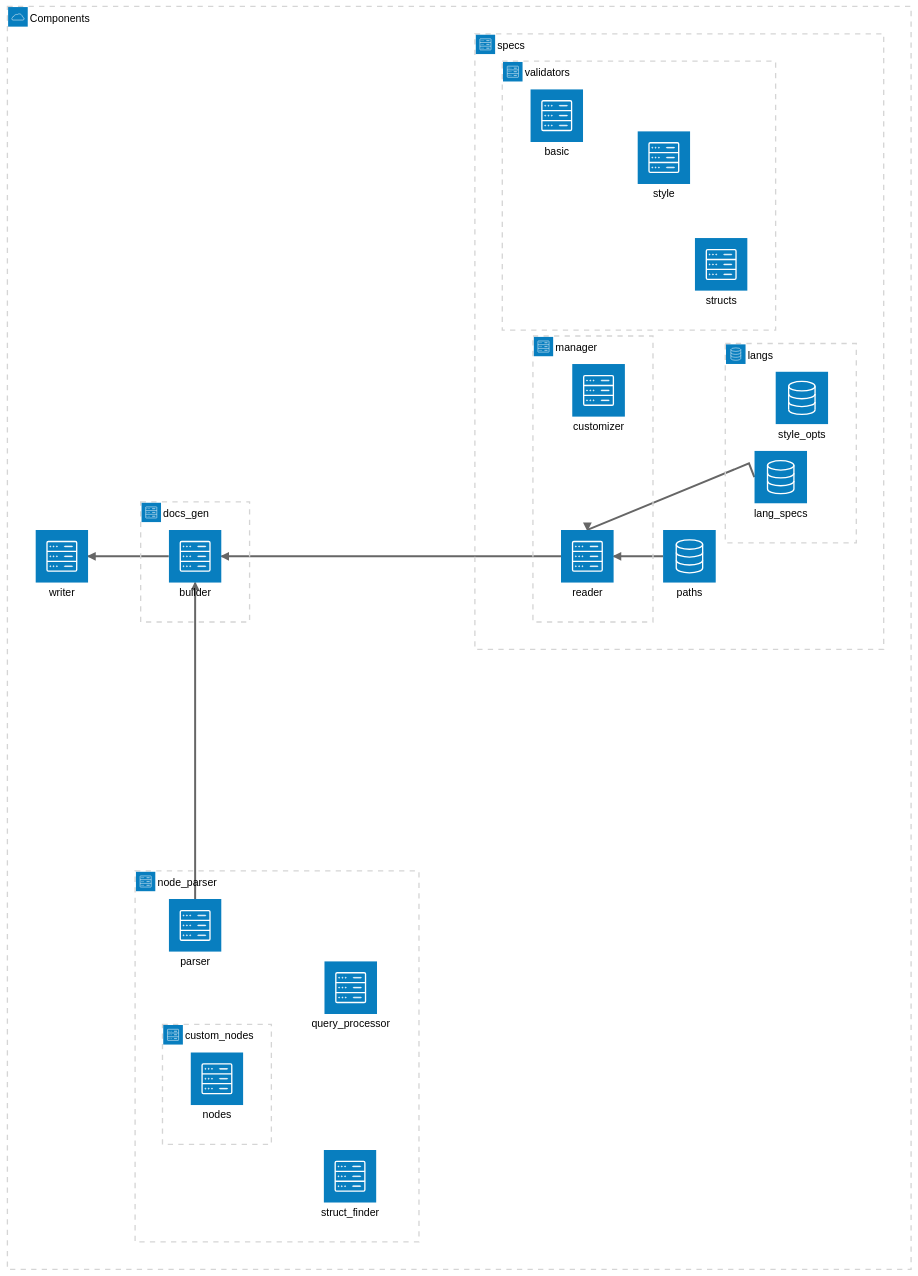
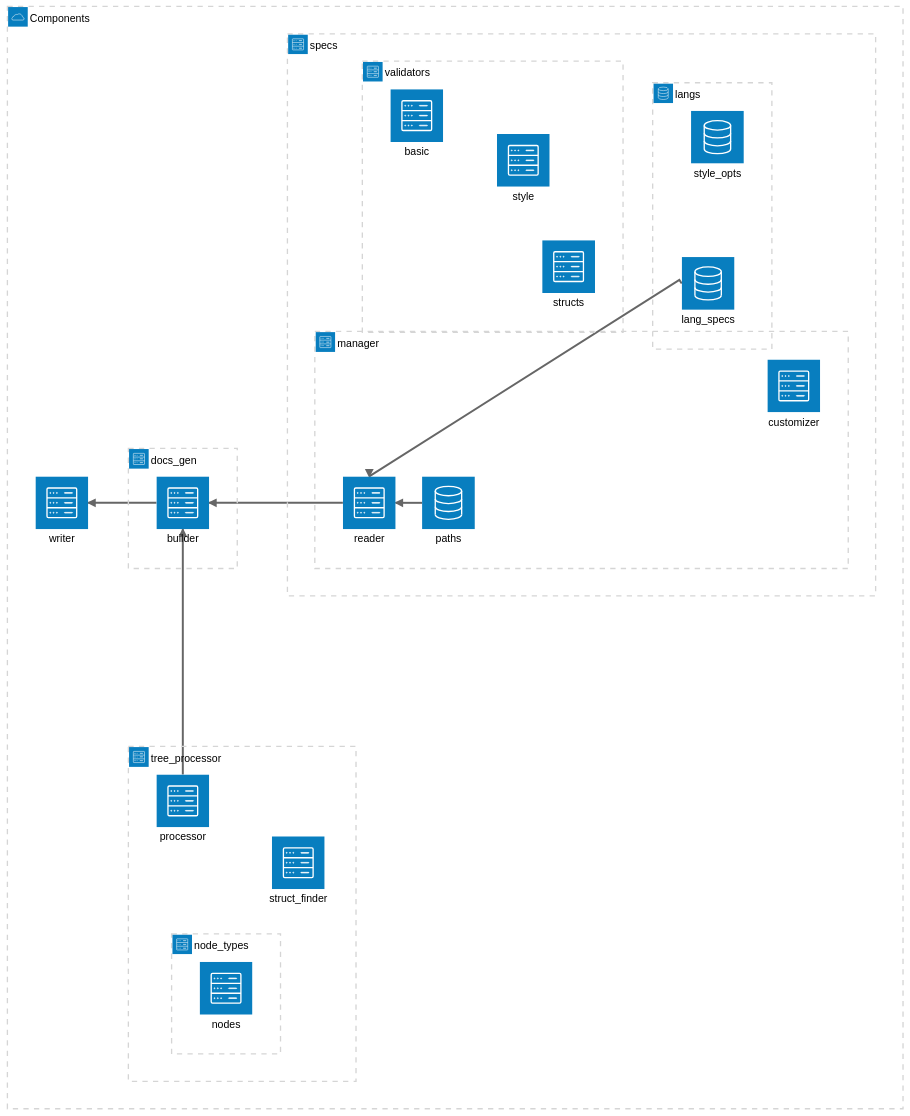
Before and after one commit to jeangiraldoo/codedocs.nvim: the first of 2 diagrams in lua/codedocs/README.md, drawn with Mermaid (neutral theme). The commit also changed other lines of this file and 19 other files, not shown here.

````diff
--- a/lua/codedocs/README.md
+++ b/lua/codedocs/README.md
@@ -22,34 +21,33 @@
 ```mermaid
 architecture-beta
     group components(cloud)[Components]
 
-    group node_parser(server)[node_parser] in components
-    service parser(server)[parser] in node_parser
+    group node_parser(server)[tree_processor] in components
+    service processor(server)[processor] in node_parser
     service struct_finder(server)[struct_finder] in node_parser
-    service query_processor(server)[query_processor] in node_parser
-    group custom_nodes(server)[custom_nodes] in node_parser
-    service nodes(server)[nodes] in custom_nodes
+    group node_types(server)[node_types] in node_parser
+    service nodes(server)[nodes] in node_types
 
     group docs_gen(server)[docs_gen] in components
     service builder(server)[builder] in docs_gen
 
     group specs(server)[specs] in components
     service paths(database)[paths] in specs
     group manager(server)[manager] in specs
     service customizer(server)[customizer] in manager
     service reader(server)[reader] in manager
     group validators(server)[validators] in specs
     service structs(server)[structs] in validators
     service style(server)[style] in validators
     service basic(server)[basic] in validators
     group langs(database)[langs] in specs
     service style_opts(database)[style_opts] in langs
     service lang_specs(database)[lang_specs] in langs
 
     service writer(server)[writer] in components
     lang_specs:L --> T:reader
     paths:L --> R:reader
     reader:L --> R:builder
-    parser:T --> B:builder
+    processor:T --> B:builder
     builder:L --> R:writer
 ```
````
